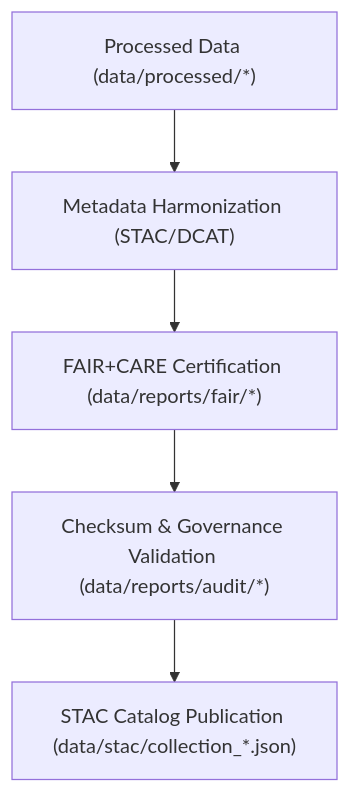
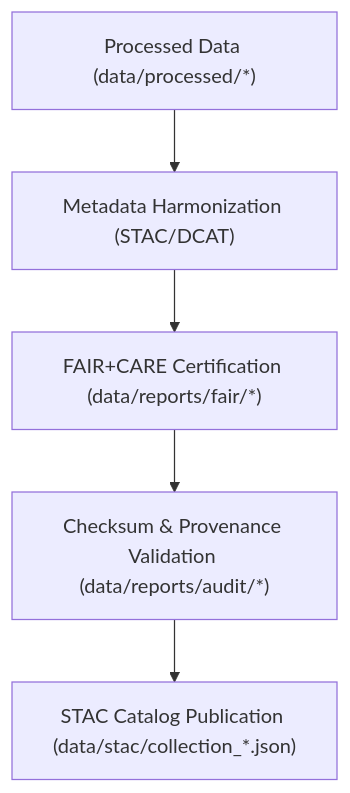
One commit to bartytime4life/Kansas-Frontier-Matrix changed the diagram in data/stac/README.md. Above: the diagram before and after it, drawn with Mermaid. The commit also changed other lines of this file, not shown here.

````diff
--- a/data/stac/README.md
+++ b/data/stac/README.md
@@ -99,7 +101,7 @@
 ```mermaid
 flowchart TD
     A["Processed Data (data/processed/*)"] --> B["Metadata Harmonization (STAC/DCAT)"]
     B --> C["FAIR+CARE Certification (data/reports/fair/*)"]
-    C --> D["Checksum & Governance Validation (data/reports/audit/*)"]
+    C --> D["Checksum & Provenance Validation (data/reports/audit/*)"]
     D --> E["STAC Catalog Publication (data/stac/collection_*.json)"]
 ```
````
